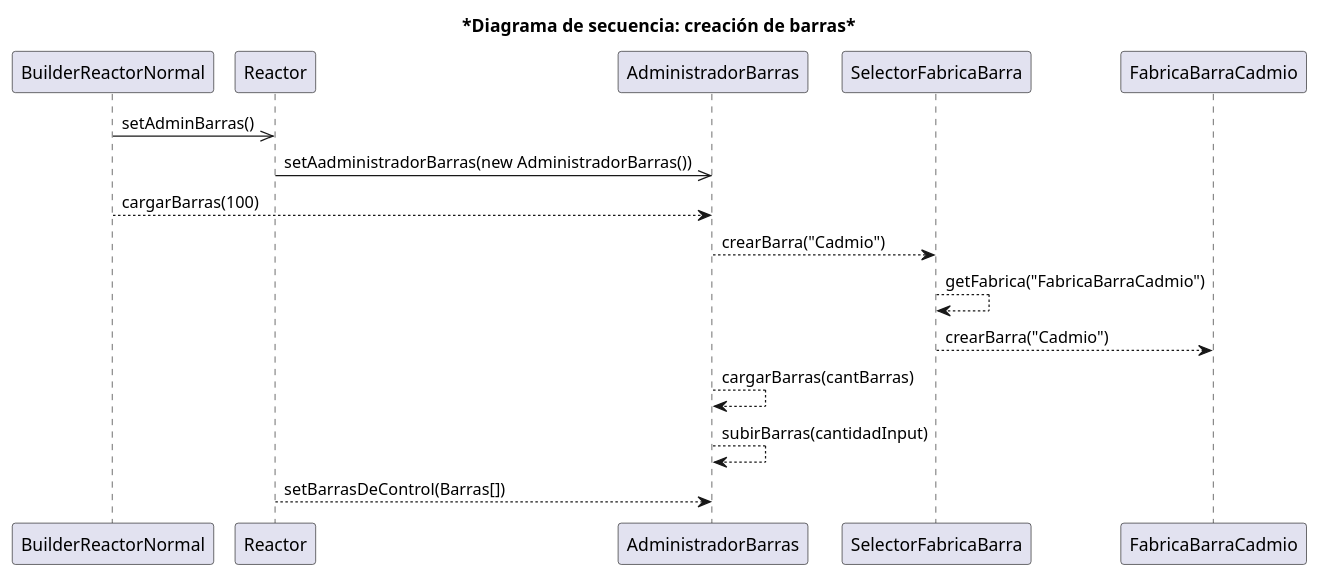
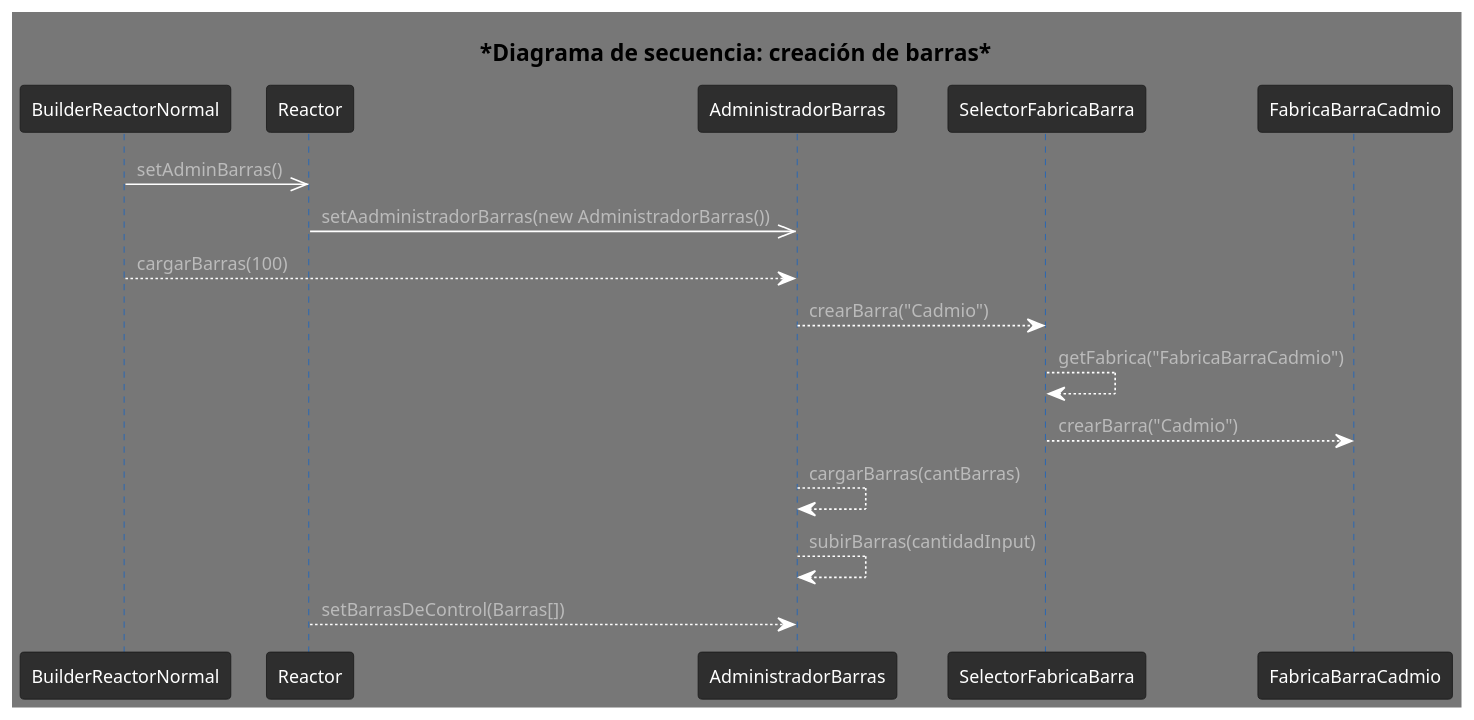
One commit to fmiguezo/reactor_nuclear changed the diagram in diagrams/Secuencia/secuenciaBarras.puml. Above: the diagram before and after it, drawn with PlantUML. The commit also changed 5 other files, not shown here.

Commit message:
Puli un poco el orden dentro de los diagramas, ademas de Cambiar el thema y ordenar los de secuencias

```diff
--- a/diagrams/Secuencia/secuenciaBarras.puml
+++ b/diagrams/Secuencia/secuenciaBarras.puml
@@ -1,21 +1,23 @@
 @startuml SecuenciaBarras
 
+!theme reddress-darkblue
+scale 1.3
 title *Diagrama de secuencia: creación de barras*
 
    participant BuilderReactorNormal
     participant Reactor
     participant AdministradorBarras
 
     BuilderReactorNormal ->> Reactor: setAdminBarras()
     Reactor ->> AdministradorBarras: setAadministradorBarras(new AdministradorBarras())
     BuilderReactorNormal --> AdministradorBarras: cargarBarras(100)
     AdministradorBarras --> SelectorFabricaBarra: crearBarra("Cadmio")
     SelectorFabricaBarra --> SelectorFabricaBarra: getFabrica("FabricaBarraCadmio")
 
     SelectorFabricaBarra --> FabricaBarraCadmio: crearBarra("Cadmio")
 
     AdministradorBarras --> AdministradorBarras:cargarBarras(cantBarras)
     AdministradorBarras --> AdministradorBarras:subirBarras(cantidadInput)
     Reactor --> AdministradorBarras: setBarrasDeControl(Barras[])
 
 @enduml
```
